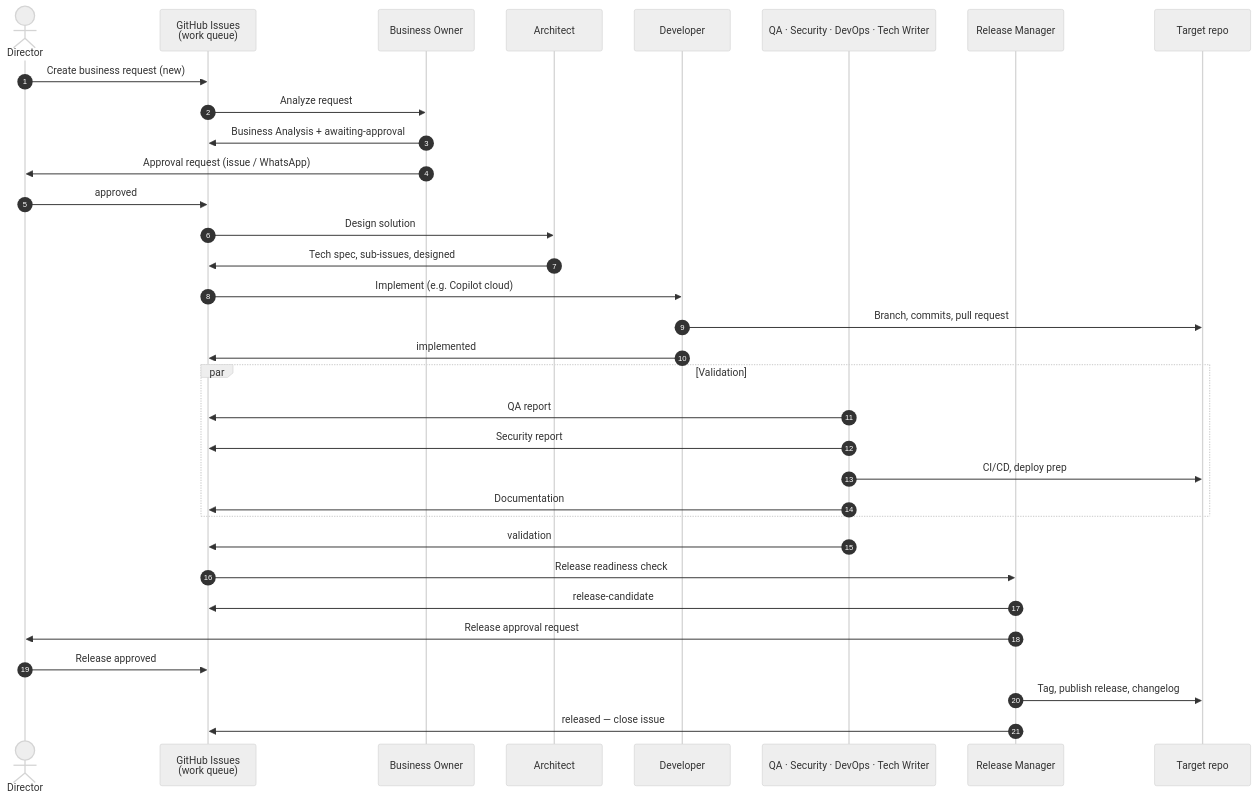
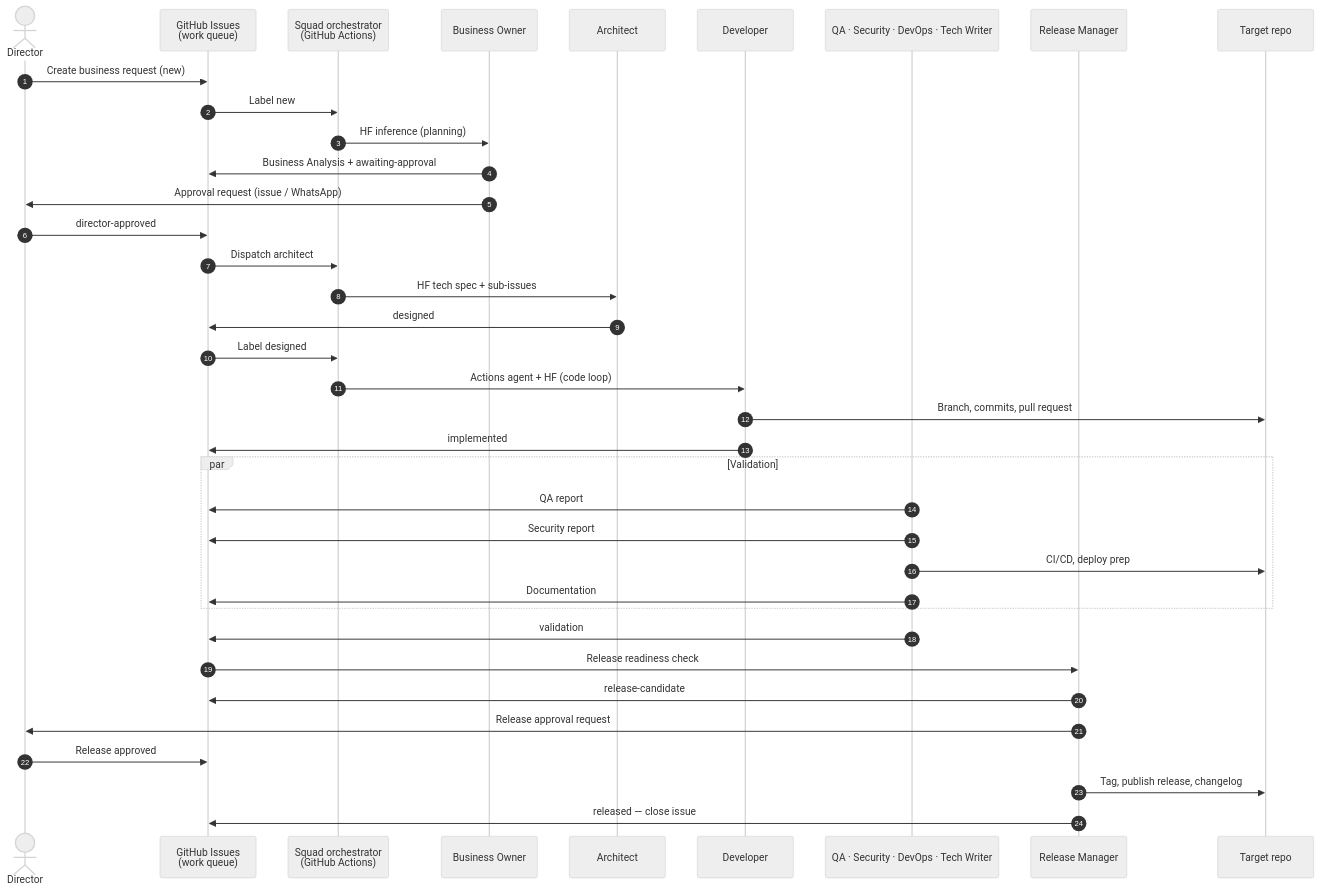
One commit to eduardocerqueira/ai-alpha-squad changed the diagram in README.md. Above: the diagram before and after it, drawn with Mermaid (neutral theme). The commit also changed 25 other files, not shown here.

First line of the commit message:
feat: Squad Actions agent for Copilot-free implementation (#85)

````diff
--- a/README.md
+++ b/README.md
@@ -9,36 +9,40 @@
 ```mermaid
 sequenceDiagram
     autonumber
     actor Director
     participant GH as GitHub Issues<br/>(work queue)
+    participant WF as Squad orchestrator<br/>(GitHub Actions)
     participant BO as Business Owner
     participant ARC as Architect
     participant DEV as Developer
     participant VAL as QA · Security · DevOps · Tech Writer
     participant RM as Release Manager
     participant TR as Target repo
 
     Director->>GH: Create business request (new)
-    GH->>BO: Analyze request
+    GH->>WF: Label new
+    WF->>BO: HF inference (planning)
     BO->>GH: Business Analysis + awaiting-approval
     BO->>Director: Approval request (issue / WhatsApp)
-    Director->>GH: approved
-    GH->>ARC: Design solution
-    ARC->>GH: Tech spec, sub-issues, designed
-    GH->>DEV: Implement (e.g. Copilot cloud)
+    Director->>GH: director-approved
+    GH->>WF: Dispatch architect
+    WF->>ARC: HF tech spec + sub-issues
+    ARC->>GH: designed
+    GH->>WF: Label designed
+    WF->>DEV: Actions agent + HF (code loop)
     DEV->>TR: Branch, commits, pull request
     DEV->>GH: implemented
     par Validation
         VAL->>GH: QA report
         VAL->>GH: Security report
         VAL->>TR: CI/CD, deploy prep
         VAL->>GH: Documentation
     end
     VAL->>GH: validation
     GH->>RM: Release readiness check
     RM->>GH: release-candidate
     RM->>Director: Release approval request
     Director->>GH: Release approved
     RM->>TR: Tag, publish release, changelog
     RM->>GH: released — close issue
 ```
````
